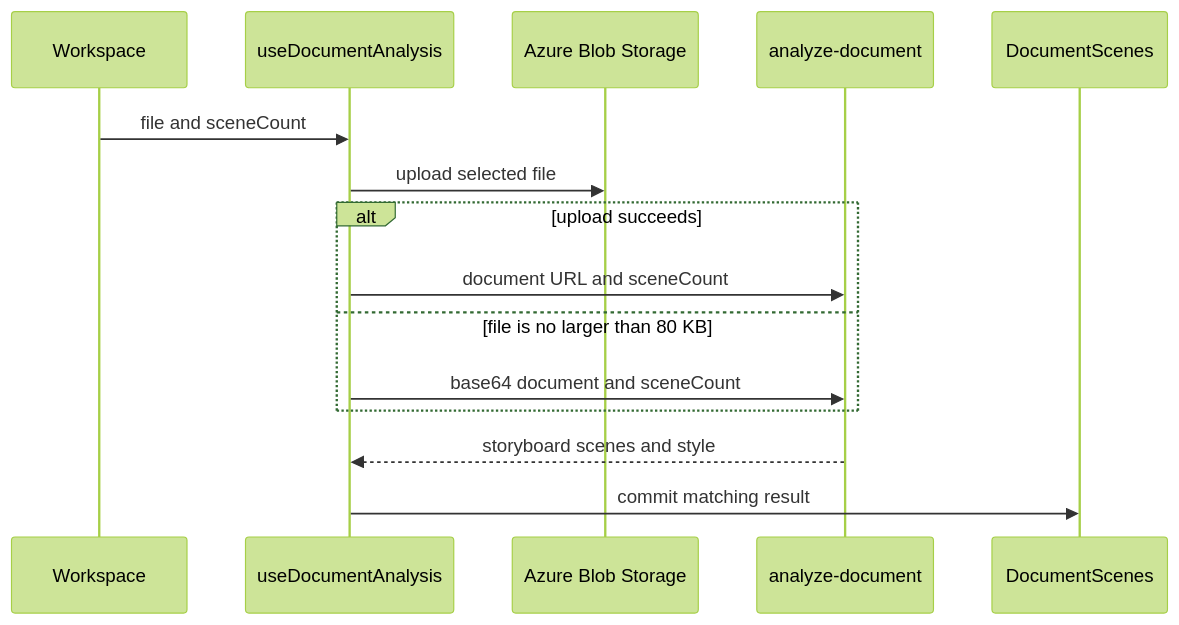
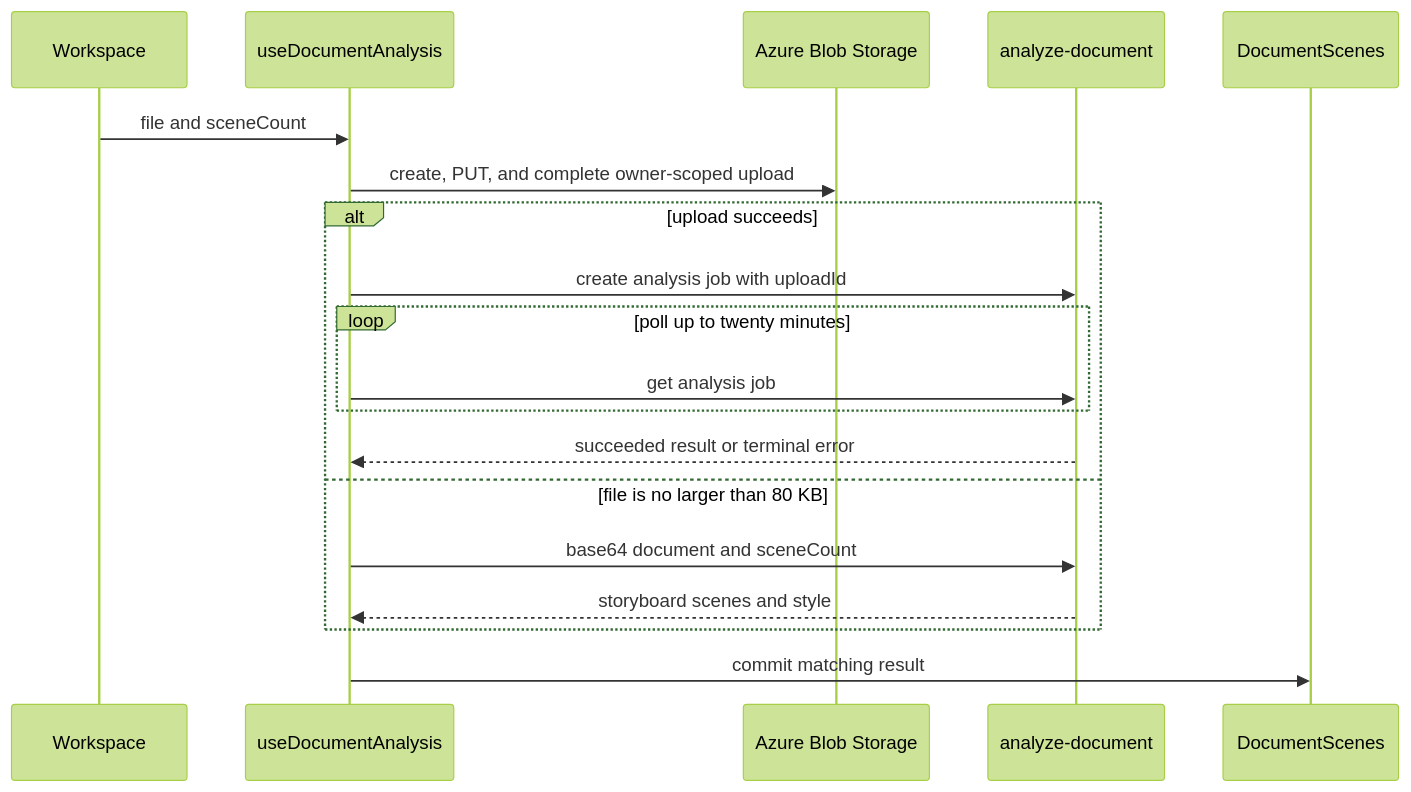
One commit to tony30552001/Genpic-master changed the first of 2 diagrams in openwiki/frontend/create-workflows.md. Above: the diagram before and after it, drawn with Mermaid (forest theme). The commit also changed other lines of this file and 10 other files, not shown here.

First line of the commit message:
Regenerate OpenWiki for owner-scoped uploads and document jobs

````diff
--- a/openwiki/frontend/create-workflows.md
+++ b/openwiki/frontend/create-workflows.md
@@ -54,17 +54,21 @@
 ```mermaid
 sequenceDiagram
   participant Workspace
   participant Hook as useDocumentAnalysis
   participant Blob as Azure Blob Storage
   participant Handler as analyze-document
   participant View as DocumentScenes
   Workspace->>Hook: file and sceneCount
-  Hook->>Blob: upload selected file
+  Hook->>Blob: create, PUT, and complete owner-scoped upload
   alt upload succeeds
-    Hook->>Handler: document URL and sceneCount
+    Hook->>Handler: create analysis job with uploadId
+    loop poll up to twenty minutes
+      Hook->>Handler: get analysis job
+    end
+    Handler-->>Hook: succeeded result or terminal error
   else file is no larger than 80 KB
     Hook->>Handler: base64 document and sceneCount
+    Handler-->>Hook: storyboard scenes and style
   end
-  Handler-->>Hook: storyboard scenes and style
   Hook->>View: commit matching result
 ```
````
